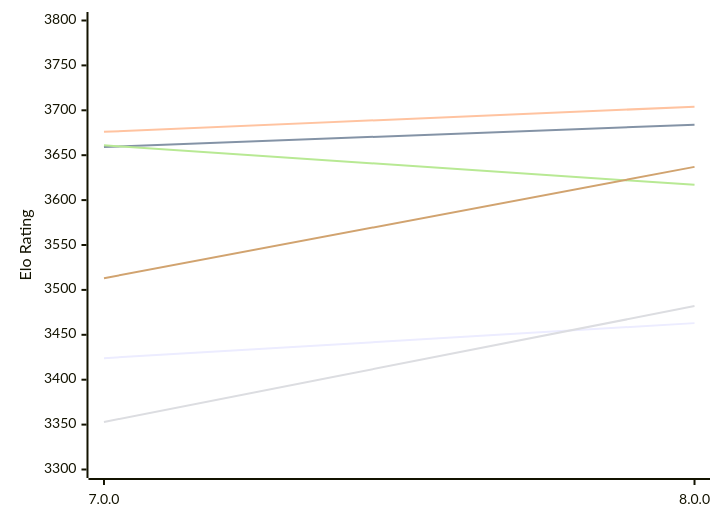
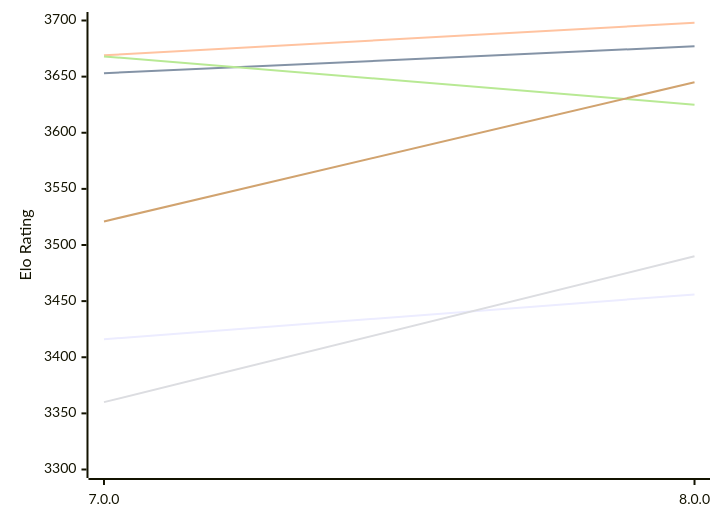
Before and after one commit to computer-chess-index/cci: the first of 2 diagrams in engines/PlentyChess.md, drawn with Mermaid. The commit also changed other lines of this file, not shown here.

Commit message:
Update CCI Ratings (ELO VLTC) - 2026-11-18

````diff
--- a/engines/PlentyChess.md
+++ b/engines/PlentyChess.md
@@ -55,12 +55,12 @@
 ```mermaid
 %%{init: {"theme":"base","themeVariables":{"seriesColors:['#a3a3a3','#222221','#faa371']}}}%%
 xychart-beta
   x-axis ["7.0.0", "8.0.0"]
-  y-axis "Elo Rating" 3300 --> 3800
-  line "E1: STC (8.0+0.08s)" [3424, 3463]
-  line "E1: LTC (60.0+0.60s)" [3659, 3684]
-  line "E1: VLTC (2m24s+1.12s)" [3676, 3704]
-  line "P1: STC (8.0+0.08s)" [3353, 3482]
-  line "P1: LTC (60.0+0.60s)" [3661, 3617]
-  line "P1: VLTC (2m24s+1.12s)" [3513, 3637]
+  y-axis "Elo Rating" 3300 --> 3700
+  line "E1: STC (8.0+0.08s)" [3416, 3456]
+  line "E1: LTC (60.0+0.60s)" [3653, 3677]
+  line "E1: VLTC (2m24s+1.12s)" [3669, 3698]
+  line "P1: STC (8.0+0.08s)" [3360, 3490]
+  line "P1: LTC (60.0+0.60s)" [3668, 3625]
+  line "P1: VLTC (2m24s+1.12s)" [3521, 3645]
 ```
````
